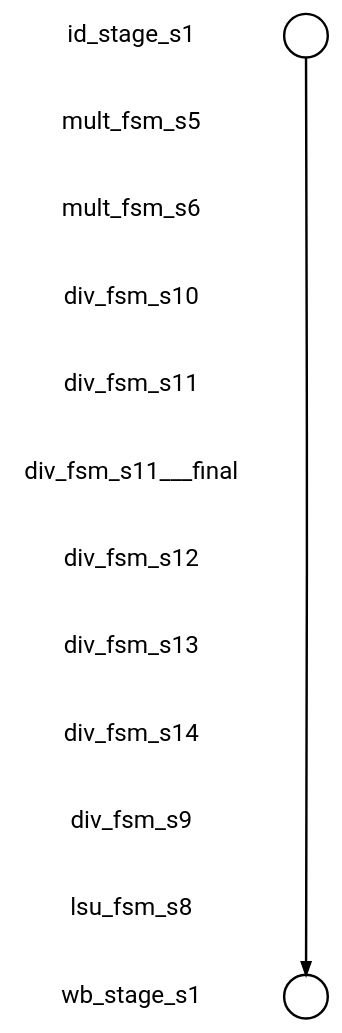
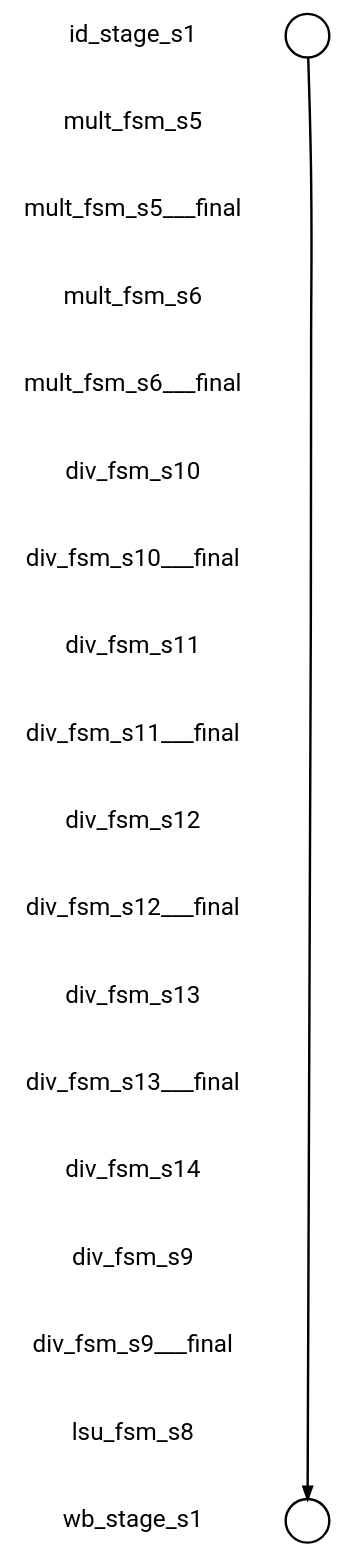
One commit to naomipark3/SynthLC changed the diagram in fv/synthlc/i_MUL_out/xSummarize/nonisograph/com_0_0.dot. Above: the diagram before and after it, drawn with Graphviz. The commit also changed 12067 other files, not shown here.

```diff
--- a/fv/synthlc/i_MUL_out/xSummarize/nonisograph/com_0_0.dot
+++ b/fv/synthlc/i_MUL_out/xSummarize/nonisograph/com_0_0.dot
@@ -1,41 +1,53 @@
 
 digraph G {
     edge [penwidth=2];
     node [ shape=box, fontsize=20, penwidth=2, fontname="roboto"];
     esep=0.5;
     layout=neato;
     overlap=scale;
     splines=true;
 
 l_id_stage_s1 [label="id_stage_s1"; pos="0,-0!"; shape=none];
 
 l_mult_fsm_s5 [label="mult_fsm_s5"; pos="0,-1!"; shape=none];
 
-l_mult_fsm_s6 [label="mult_fsm_s6"; pos="0,-2!"; shape=none];
+l_mult_fsm_s5___final [label="mult_fsm_s5___final"; pos="0,-2!"; shape=none];
 
-l_div_fsm_s10 [label="div_fsm_s10"; pos="0,-3!"; shape=none];
+l_mult_fsm_s6 [label="mult_fsm_s6"; pos="0,-3!"; shape=none];
 
-l_div_fsm_s11 [label="div_fsm_s11"; pos="0,-4!"; shape=none];
+l_mult_fsm_s6___final [label="mult_fsm_s6___final"; pos="0,-4!"; shape=none];
 
-l_div_fsm_s11___final [label="div_fsm_s11___final"; pos="0,-5!"; shape=none];
+l_div_fsm_s10 [label="div_fsm_s10"; pos="0,-5!"; shape=none];
 
-l_div_fsm_s12 [label="div_fsm_s12"; pos="0,-6!"; shape=none];
+l_div_fsm_s10___final [label="div_fsm_s10___final"; pos="0,-6!"; shape=none];
 
-l_div_fsm_s13 [label="div_fsm_s13"; pos="0,-7!"; shape=none];
+l_div_fsm_s11 [label="div_fsm_s11"; pos="0,-7!"; shape=none];
 
-l_div_fsm_s14 [label="div_fsm_s14"; pos="0,-8!"; shape=none];
+l_div_fsm_s11___final [label="div_fsm_s11___final"; pos="0,-8!"; shape=none];
 
-l_div_fsm_s9 [label="div_fsm_s9"; pos="0,-9!"; shape=none];
+l_div_fsm_s12 [label="div_fsm_s12"; pos="0,-9!"; shape=none];
 
-l_lsu_fsm_s8 [label="lsu_fsm_s8"; pos="0,-10!"; shape=none];
+l_div_fsm_s12___final [label="div_fsm_s12___final"; pos="0,-10!"; shape=none];
 
-l_wb_stage_s1 [label="wb_stage_s1"; pos="0,-11!"; shape=none];
+l_div_fsm_s13 [label="div_fsm_s13"; pos="0,-11!"; shape=none];
+
+l_div_fsm_s13___final [label="div_fsm_s13___final"; pos="0,-12!"; shape=none];
+
+l_div_fsm_s14 [label="div_fsm_s14"; pos="0,-13!"; shape=none];
+
+l_div_fsm_s9 [label="div_fsm_s9"; pos="0,-14!"; shape=none];
+
+l_div_fsm_s9___final [label="div_fsm_s9___final"; pos="0,-15!"; shape=none];
+
+l_lsu_fsm_s8 [label="lsu_fsm_s8"; pos="0,-16!"; shape=none];
+
+l_wb_stage_s1 [label="wb_stage_s1"; pos="0,-17!"; shape=none];
 
 n_id_stage_s1 [label=""; pos="2,-0!"; shape=circle ]; 
 
 
-n_wb_stage_s1 [label=""; pos="2,-11!"; shape=circle ]; 
+n_wb_stage_s1 [label=""; pos="2,-17!"; shape=circle ]; 
 
 
 n_id_stage_s1 -> n_wb_stage_s1 [color="black"];
 }
```
